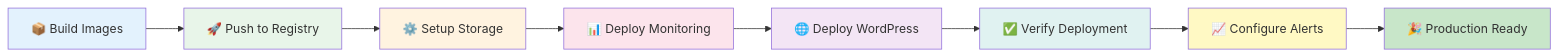
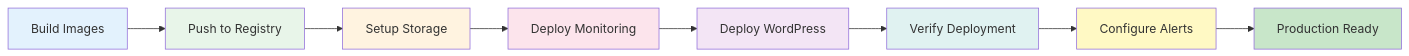
Before and after one commit to yashj-010/Syfe-Project: the third of 4 diagrams in README.md, drawn with Mermaid. The commit also changed other lines of this file, not shown here.

````diff
--- a/README.md
+++ b/README.md
@@ -229,19 +229,19 @@
 ```mermaid
 graph LR
-    A[📦 Build Images] --> B[🚀 Push to Registry]
-    B --> C[⚙️ Setup Storage]
-    C --> D[📊 Deploy Monitoring]
-    D --> E[🌐 Deploy WordPress]
-    E --> F[✅ Verify Deployment]
-    F --> G[📈 Configure Alerts]
-    G --> H[🎉 Production Ready]
+    A[Build Images] --> B[Push to Registry]
+    B --> C[ Setup Storage]
+    C --> D[ Deploy Monitoring]
+    D --> E[ Deploy WordPress]
+    E --> F[ Verify Deployment]
+    F --> G[Configure Alerts]
+    G --> H[Production Ready]
     
     style A fill:#e3f2fd
     style B fill:#e8f5e9
     style C fill:#fff3e0
     style D fill:#fce4ec
     style E fill:#f3e5f5
     style F fill:#e0f2f1
     style G fill:#fff9c4
     style H fill:#c8e6c9
 ```
````
